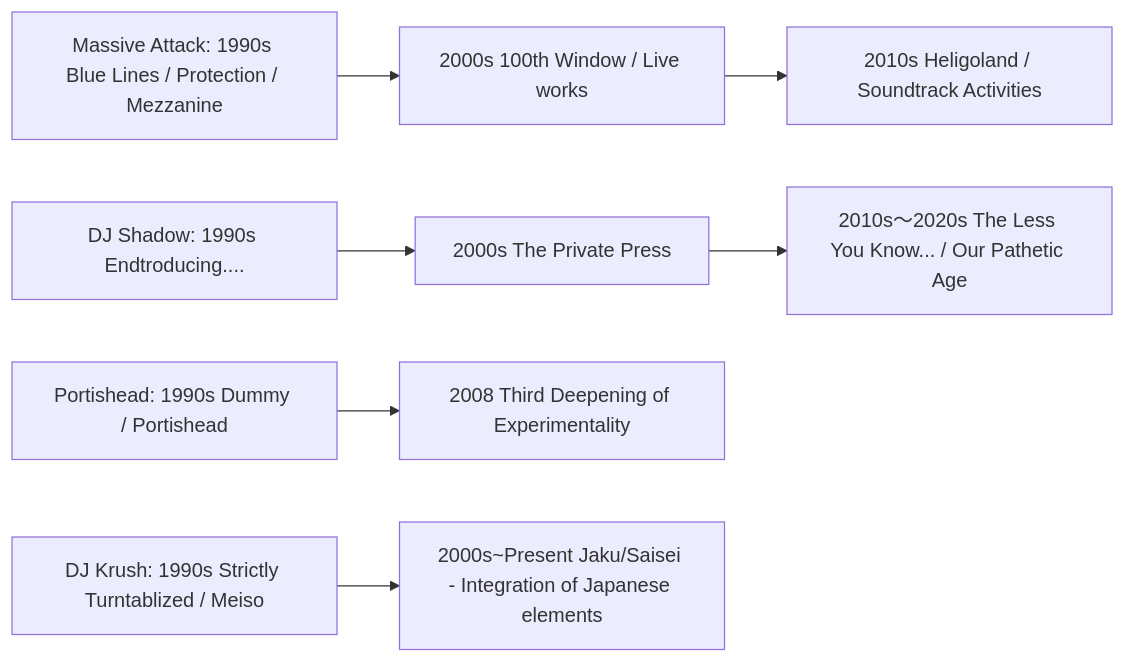
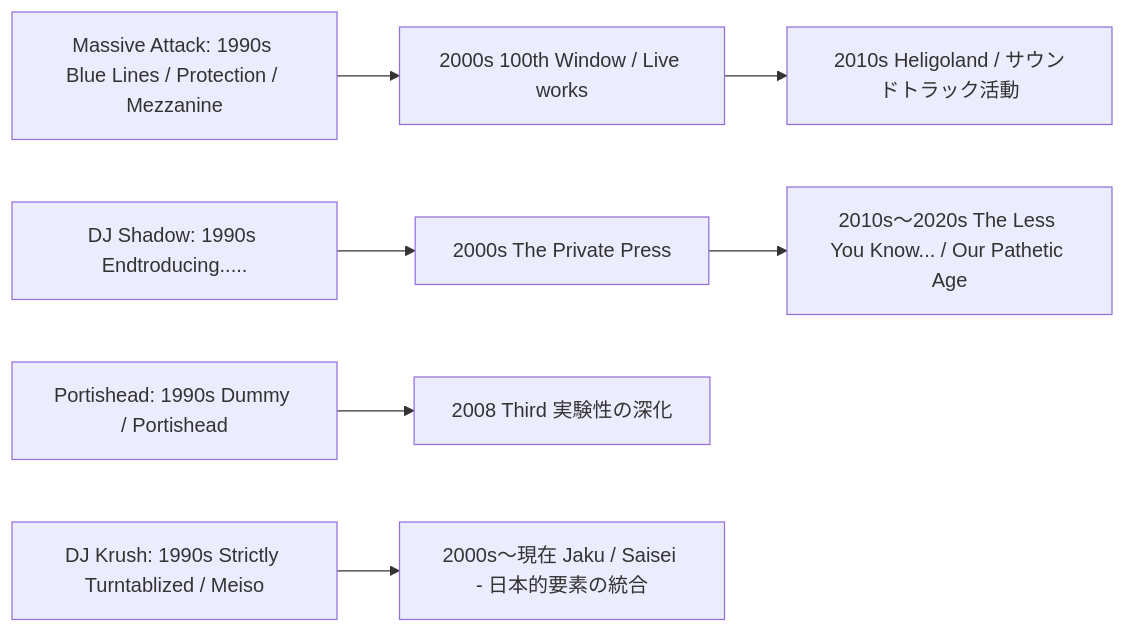
The second of 2 diagrams in en/_posts/2025-09-21-Column-Triphop.md (monumental-movement/monumental-movement.github.io), drawn with Mermaid before and after one commit. The commit also changed other lines of this file and 1724 other files, not shown here.

```diff
--- a/en/_posts/2025-09-21-Column-Triphop.md
+++ b/en/_posts/2025-09-21-Column-Triphop.md
@@ -66,21 +68,21 @@
 <div class="mermaid">
 flowchart LR
-MA90["Massive Attack: 1990s Blue Lines / Protection / Mezzanine"]
-MA00["2000s 100th Window / Live works"]
-MA10["2010s Heligoland / Soundtrack Activities"]
+    MA90["Massive Attack: 1990s Blue Lines / Protection / Mezzanine"]
+    MA00["2000s 100th Window / Live works"]
+    MA10["2010s Heligoland / サウンドトラック活動"]
 
-SH90["DJ Shadow: 1990s Endtroducing...."]
-SH00["2000s The Private Press"]
-SH10["2010s〜2020s The Less You Know... / Our Pathetic Age"]
+    SH90["DJ Shadow: 1990s Endtroducing....."]
+    SH00["2000s The Private Press"]
+    SH10["2010s〜2020s The Less You Know... / Our Pathetic Age"]
 
-PK90["Portishead: 1990s Dummy / Portishead"]
-PK10["2008 Third Deepening of Experimentality"]
+    PK90["Portishead: 1990s Dummy / Portishead"]
+    PK10["2008 Third 実験性の深化"]
 
-KR90["DJ Krush: 1990s Strictly Turntablized / Meiso"]
-KR00["2000s~Present Jaku/Saisei - Integration of Japanese elements"]
+    KR90["DJ Krush: 1990s Strictly Turntablized / Meiso"]
+    KR00["2000s〜現在 Jaku / Saisei - 日本的要素の統合"]
 
-MA90 --> MA00 --> MA10
-SH90 --> SH00 --> SH10
-PK90 --> PK10
-KR90 --> KR00
+    MA90 --> MA00 --> MA10
+    SH90 --> SH00 --> SH10
+    PK90 --> PK10
+    KR90 --> KR00
 </div>
```
